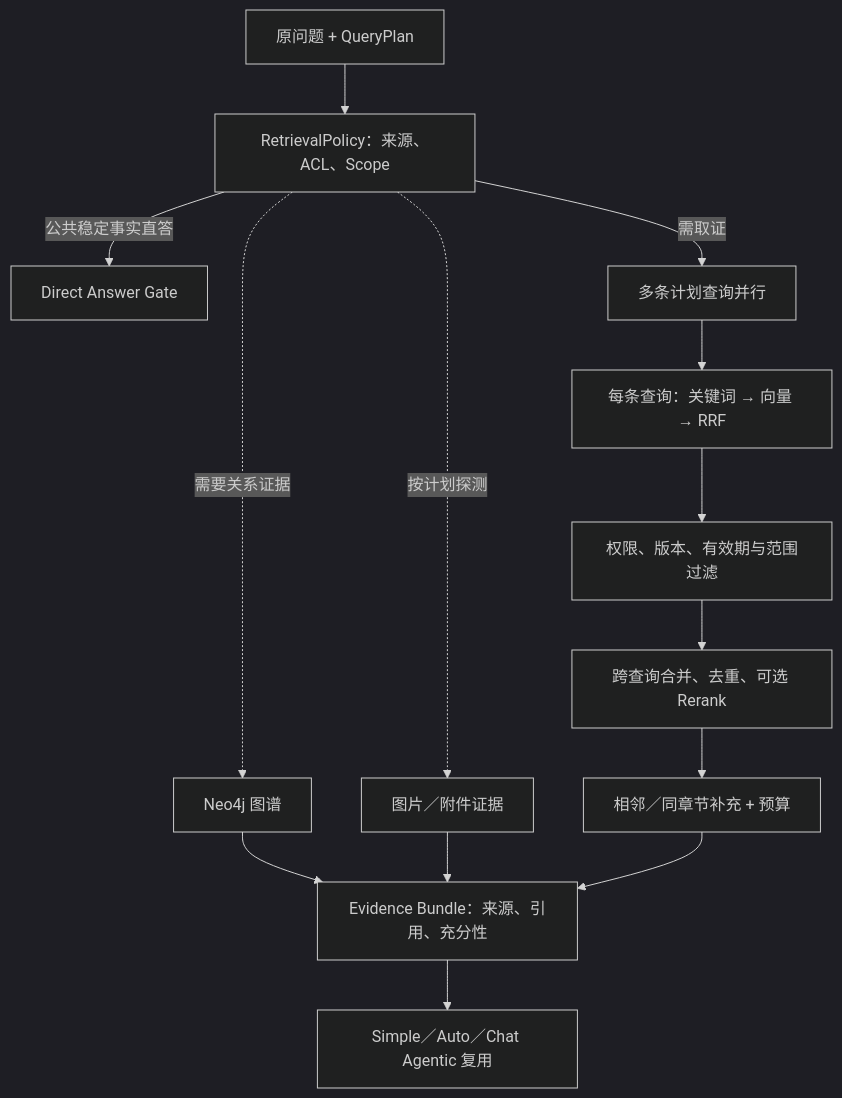
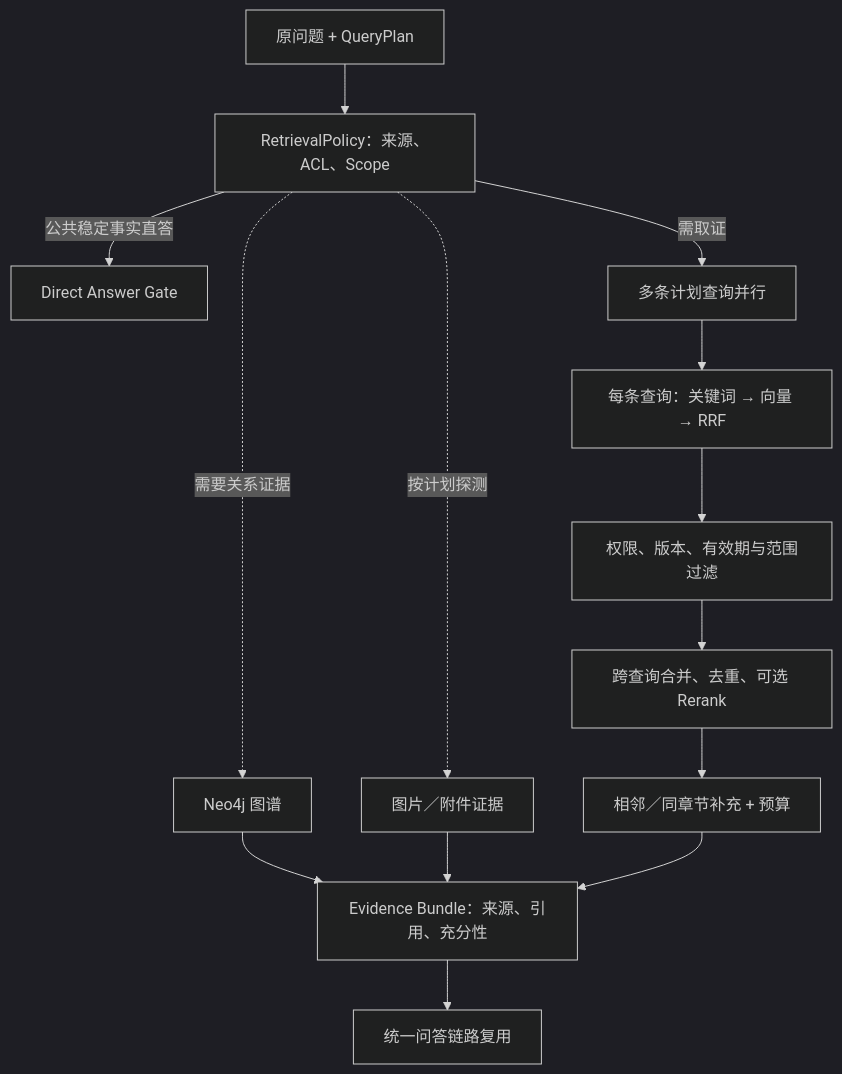
One commit to monstereatai/RAG changed the fifth of 15 diagrams in docs/interview/功能步骤流程.md. Above: the diagram before and after it, drawn with Mermaid (dark theme). The commit also changed other lines of this file and 1983 other files, not shown here.

````diff
--- a/docs/interview/功能步骤流程.md
+++ b/docs/interview/功能步骤流程.md
@@ -200,16 +196,16 @@
 ```mermaid
 flowchart TB
   A[原问题 + QueryPlan] --> B[RetrievalPolicy：来源、ACL、Scope]
   B -->|公共稳定事实直答| X[Direct Answer Gate]
   B -->|需取证| C[多条计划查询并行]
   C --> D[每条查询：关键词 → 向量 → RRF]
   D --> E[权限、版本、有效期与范围过滤]
   E --> F[跨查询合并、去重、可选 Rerank]
   B -. 需要关系证据 .-> G[Neo4j 图谱]
   B -. 按计划探测 .-> H[图片／附件证据]
   F --> I[相邻／同章节补充 + 预算]
   G --> J[Evidence Bundle：来源、引用、充分性]
   H --> J
   I --> J
-  J --> K[Simple／Auto／Chat Agentic 复用]
+  J --> K[统一问答链路复用]
 ```
````
